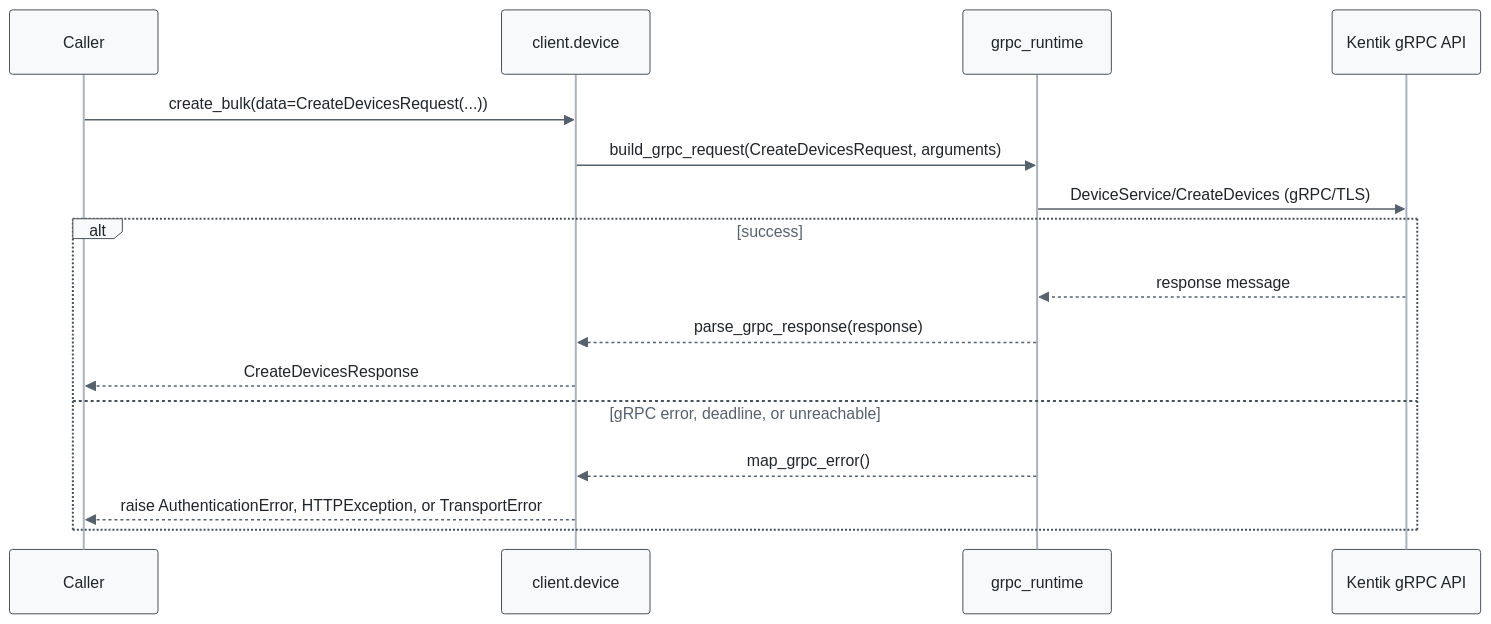
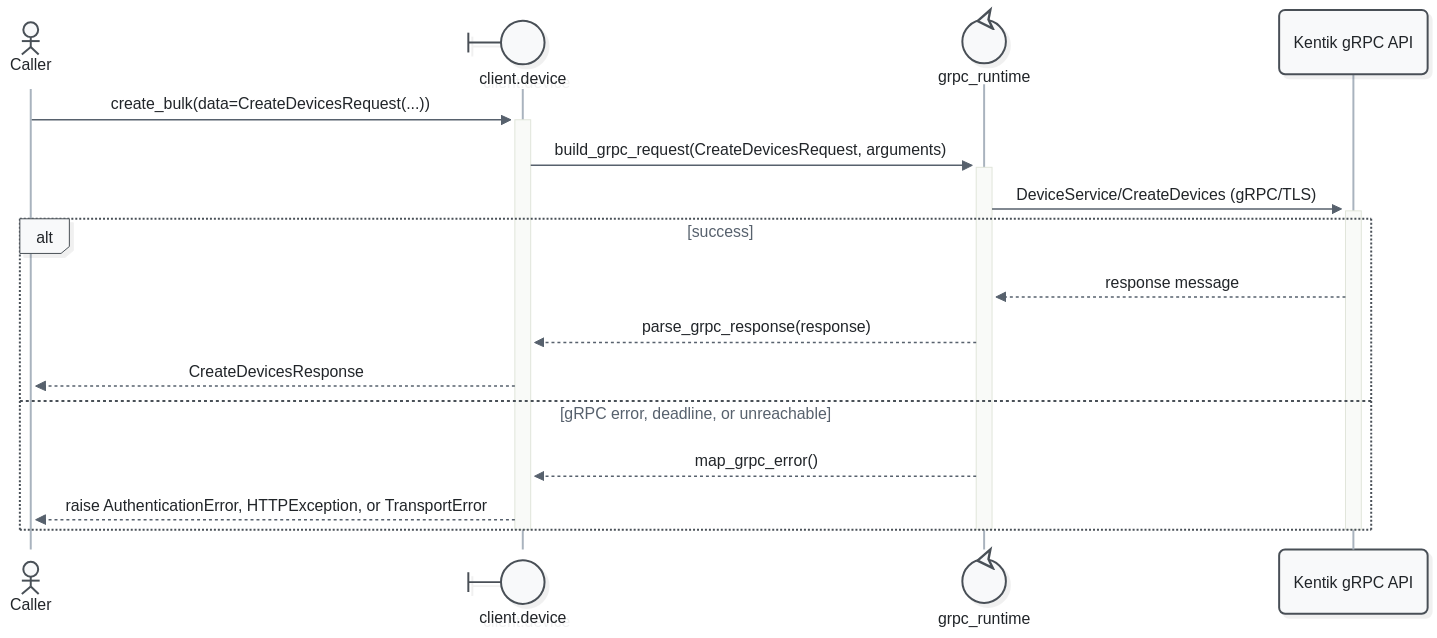
Before and after one commit to alexdearaujo/community_sdk_python: the sixth of 21 diagrams in docs/sphinx/services/device.md, drawn with Mermaid. The commit also changed other lines of this file and 52 other files, not shown here.

First line of the commit message:
docs: Mermaid 12 sequence diagrams with participant types and path colors

````diff
--- a/docs/sphinx/services/device.md
+++ b/docs/sphinx/services/device.md
@@ -211,20 +223,23 @@
 ```mermaid
-%%{init: {"theme": "base", "fontFamily": "ui-monospace, SFMono-Regular, Menlo, monospace", "themeVariables": {"fontFamily": "ui-monospace, SFMono-Regular, Menlo, monospace", "primaryColor": "#f8f9fa", "primaryBorderColor": "#495057", "primaryTextColor": "#212529", "textColor": "#212529", "lineColor": "#77818c", "edgeLabelBackground": "#ffffff", "actorBkg": "#f8f9fa", "actorBorder": "#495057", "actorTextColor": "#212529", "actorLineColor": "#a9b3be", "signalColor": "#57616d", "signalTextColor": "#212529", "labelBoxBkgColor": "#f8f9fa", "labelBoxBorderColor": "#495057", "labelTextColor": "#212529", "loopTextColor": "#57616d", "noteBkgColor": "#fff9db", "noteBorderColor": "#f08c00", "noteTextColor": "#a35a00"}, "flowchart": {"curve": "step", "nodeSpacing": 30, "rankSpacing": 70, "wrappingWidth": 400}}}%%
+%%{init: {"theme": "redux", "look": "neo", "layout": "dagre", "fontFamily": "ui-monospace, SFMono-Regular, Menlo, monospace", "themeVariables": {"fontFamily": "ui-monospace, SFMono-Regular, Menlo, monospace", "primaryColor": "#f8f9fa", "primaryBorderColor": "#495057", "primaryTextColor": "#212529", "textColor": "#212529", "lineColor": "#77818c", "edgeLabelBackground": "#ffffff", "actorBkg": "#f8f9fa", "actorBorder": "#495057", "actorTextColor": "#212529", "actorLineColor": "#a9b3be", "signalColor": "#57616d", "signalTextColor": "#212529", "labelBoxBkgColor": "#f8f9fa", "labelBoxBorderColor": "#495057", "labelTextColor": "#212529", "loopTextColor": "#57616d", "noteBkgColor": "#fff9db", "noteBorderColor": "#f08c00", "noteTextColor": "#a35a00"}, "sequence": {"activationWidth": 16}, "flowchart": {"curve": "step", "nodeSpacing": 30, "rankSpacing": 70, "wrappingWidth": 400}}}%%
 sequenceDiagram
-    participant C as Caller
-    participant W as client.device
-    participant R as grpc_runtime
+    actor C as Caller
+    participant W@{ "type": "boundary" } as client.device
+    participant R@{ "type": "control" } as grpc_runtime
     participant API as Kentik gRPC API
 
-    C->>W: create_bulk(data=CreateDevicesRequest(...))
-    W->>R: build_grpc_request(CreateDevicesRequest, arguments)
-    R->>API: DeviceService/CreateDevices (gRPC/TLS)
+    C->>+W: create_bulk(data=CreateDevicesRequest(...))
+    W->>+R: build_grpc_request(CreateDevicesRequest, arguments)
+    R->>+API: DeviceService/CreateDevices (gRPC/TLS)
     alt success
         API-->>R: response message
         R-->>W: parse_grpc_response(response)
         W-->>C: CreateDevicesResponse
     else gRPC error, deadline, or unreachable
         R-->>W: map_grpc_error()
         W-->>C: raise AuthenticationError, HTTPException, or TransportError
     end
+    deactivate API
+    deactivate R
+    deactivate W
 ```
````
